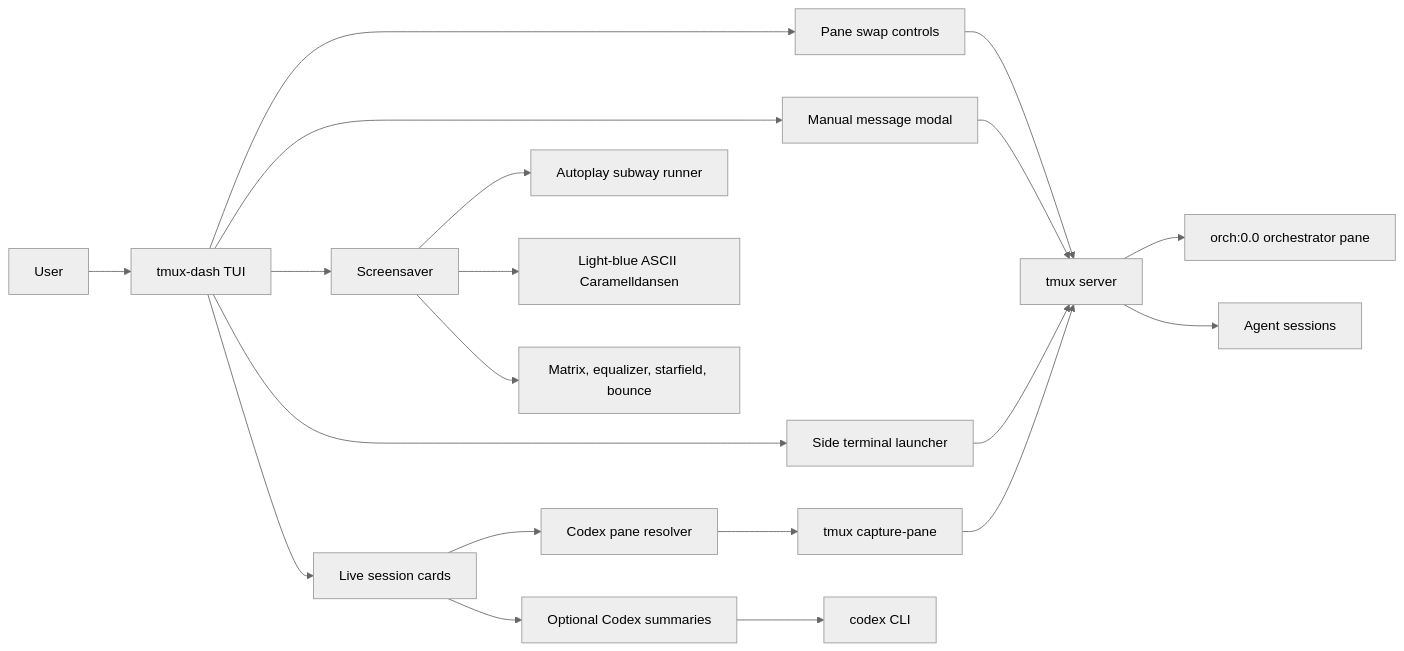
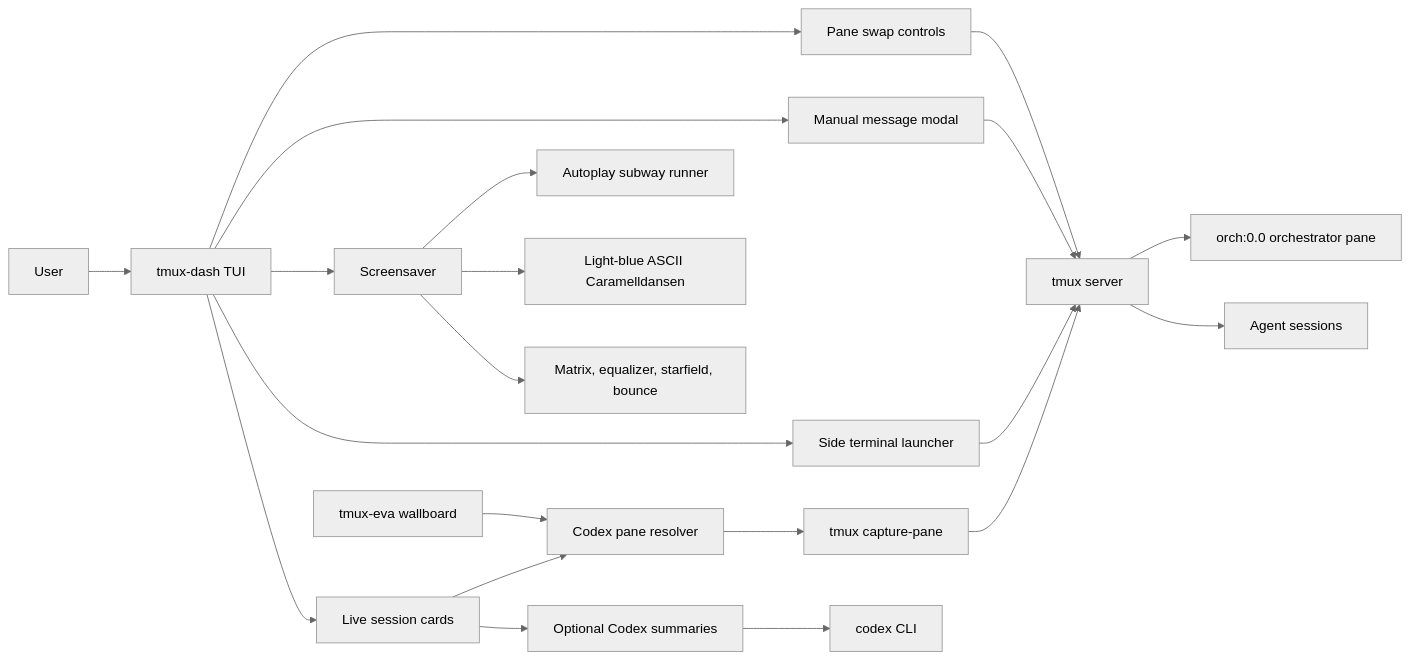
The first of 2 diagrams in docs/system.md (sethkarten/tmux-dash), drawn with Mermaid (neutral theme) before and after one commit. The commit also changed other lines of this file and 4 other files, not shown here.

````diff
--- a/docs/system.md
+++ b/docs/system.md
@@ -10,27 +10,28 @@
 ```mermaid
 flowchart LR
     user[User] --> tui[tmux-dash TUI]
 
     tui --> cards[Live session cards]
     tui --> swap[Pane swap controls]
     tui --> msg[Manual message modal]
     tui --> term[Side terminal launcher]
     tui --> saver[Screensaver]
+    wall[tmux-eva wallboard] --> resolver
 
     cards --> resolver[Codex pane resolver]
     resolver --> capture[tmux capture-pane]
     cards --> summaries[Optional Codex summaries]
     summaries --> codex[codex CLI]
 
     swap --> tmux[tmux server]
     msg --> tmux
     term --> tmux
     capture --> tmux
 
     tmux --> orch[orch:0.0 orchestrator pane]
     tmux --> agents[Agent sessions]
 
     saver --> subway[Autoplay subway runner]
     saver --> ascii[Light-blue ASCII Caramelldansen]
     saver --> modes[Matrix, equalizer, starfield, bounce]
 ```
````
